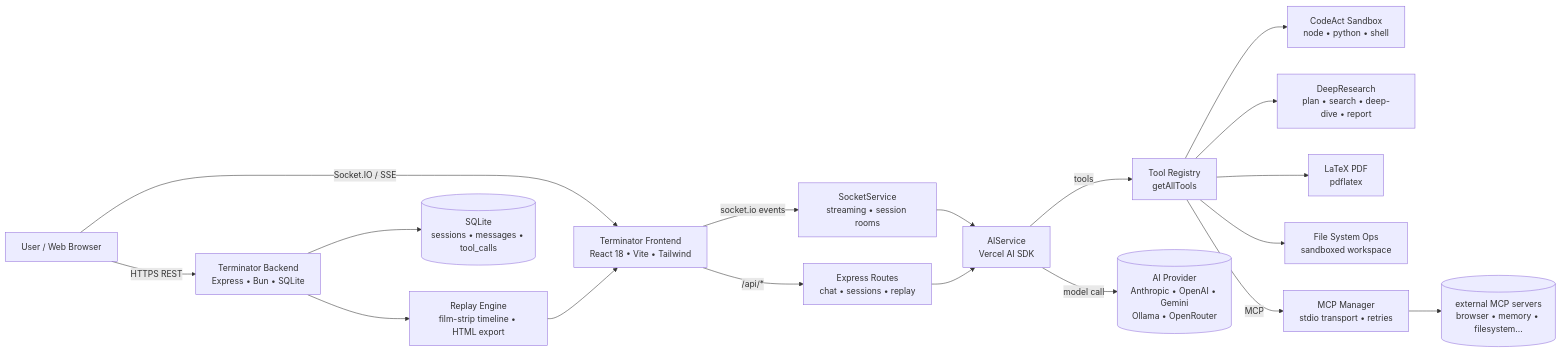
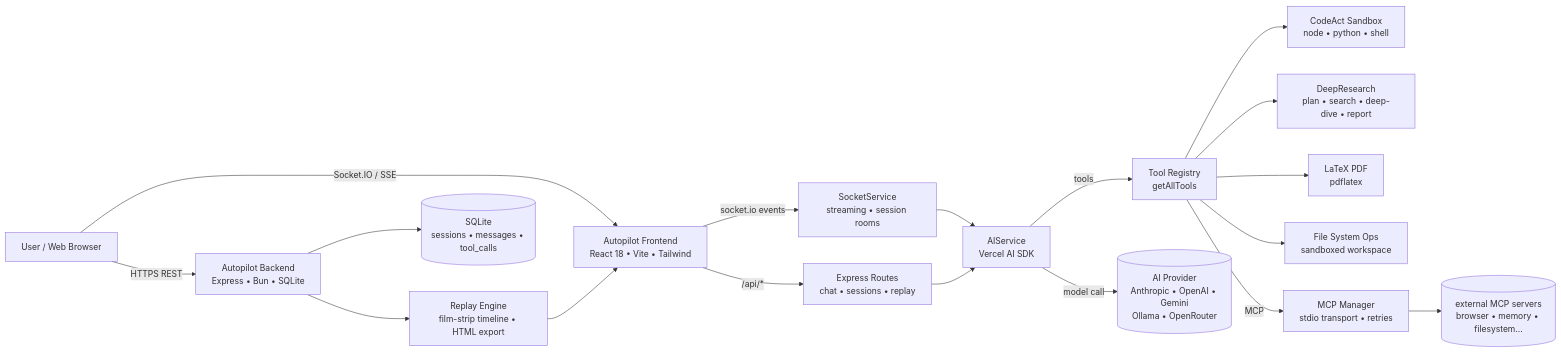
Before and after one commit to robloxsagax-web/Autopilot: the first of 3 diagrams in README.md, drawn with Mermaid. The commit also changed other lines of this file and 4 other files, not shown here.

Commit message:
Rebrand Terminator to Autopilot with new tagline and brand logo

````diff
--- a/README.md
+++ b/README.md
@@ -285,25 +285,25 @@
 ```mermaid
 flowchart LR
-    U[User / Web Browser] -->|Socket.IO / SSE| F[Terminator Frontend<br/>React 18 • Vite • Tailwind]
-    U -->|HTTPS REST| B[Terminator Backend<br/>Express • Bun • SQLite]
+    U[User / Web Browser] -->|Socket.IO / SSE| F[Autopilot Frontend<br/>React 18 • Vite • Tailwind]
+    U -->|HTTPS REST| B[Autopilot Backend<br/>Express • Bun • SQLite]
 
     F -->|socket.io events| S[SocketService<br/>streaming • session rooms]
     F -->|/api/*| R[Express Routes<br/>chat • sessions • replay]
 
     S --> A[AIService<br/>Vercel AI SDK]
     R --> A
 
     A -->|tools| T[Tool Registry<br/>getAllTools]
     A -->|model call| M[(AI Provider<br/>Anthropic • OpenAI • Gemini<br/>Ollama • OpenRouter)]
 
     T --> C[CodeAct Sandbox<br/>node • python • shell]
     T --> D[DeepResearch<br/>plan • search • deep-dive • report]
     T --> P[LaTeX PDF<br/>pdflatex]
     T --> F2[File System Ops<br/>sandboxed workspace]
     T -->|MCP| MCP[MCP Manager<br/>stdio transport • retries]
     MCP --> MB[(external MCP servers<br/>browser • memory • filesystem...)]
 
     B --> DB[(SQLite<br/>sessions • messages • tool_calls)]
     B --> R2[Replay Engine<br/>film-strip timeline • HTML export]
     R2 --> F
 ```
````
